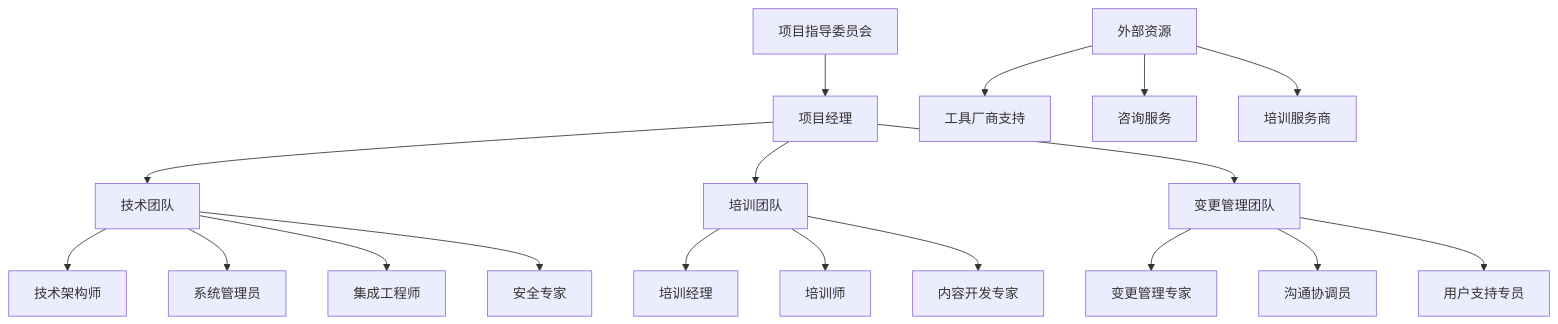
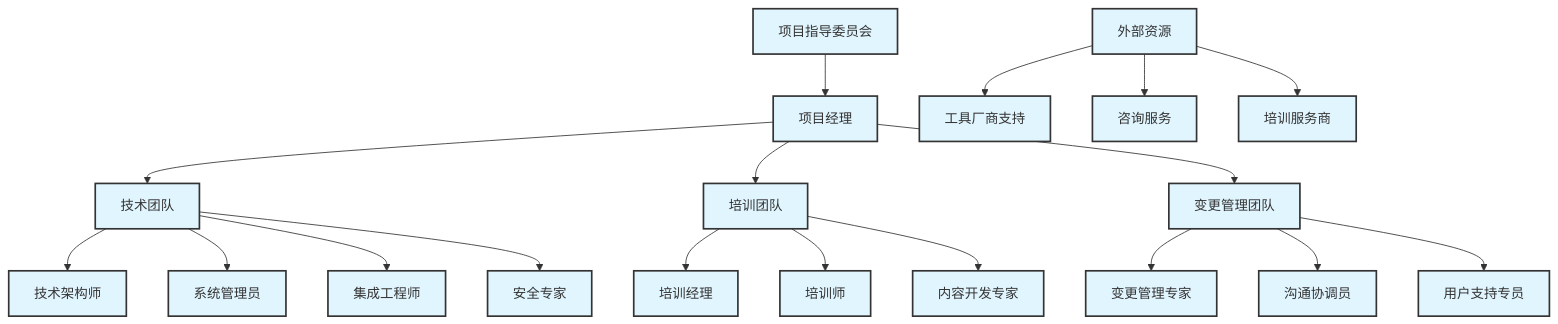
The fourth of 4 diagrams in docs/chapters/05-implementation-roadmap.md (Coldplay-now/ai-ide-guide-core), drawn with Mermaid before and after one commit. The commit also changed other lines of this file and 148 other files, not shown here.

````diff
--- a/docs/chapters/05-implementation-roadmap.md
+++ b/docs/chapters/05-implementation-roadmap.md
@@ -572,25 +572,25 @@
 ```mermaid
 graph TB
     A[项目指导委员会] --> B[项目经理]
     B --> C[技术团队]
     B --> D[培训团队]
     B --> E[变更管理团队]
-    
     C --> C1[技术架构师]
     C --> C2[系统管理员]
     C --> C3[集成工程师]
     C --> C4[安全专家]
-    
     D --> D1[培训经理]
     D --> D2[培训师]
     D --> D3[内容开发专家]
-    
     E --> E1[变更管理专家]
     E --> E2[沟通协调员]
     E --> E3[用户支持专员]
-    
     F[外部资源] --> G[工具厂商支持]
     F --> H[咨询服务]
     F --> I[培训服务商]
-
+%% Standard styling
+classDef default fill:#e1f5fe,stroke:#333,stroke-width:2px
+classDef highlight fill:#bbdefb,stroke:#333,stroke-width:3px
+classDef process fill:#90caf9,stroke:#333,stroke-width:2px
+classDef decision fill:#64b5f6,stroke:#333,stroke-width:2px
 ```
````
